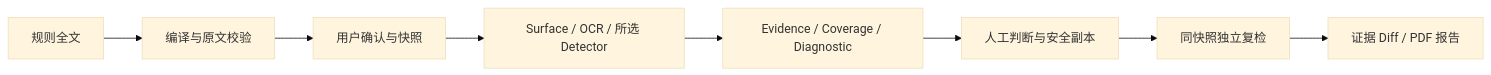
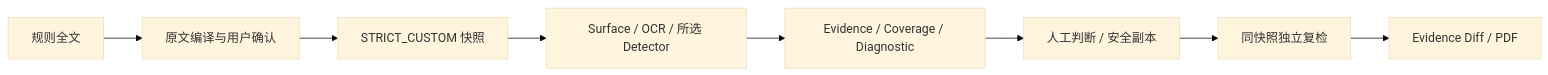
The diagram in README.md (3331083641-prog/jinggao), drawn with Mermaid (base theme) before and after one commit. The commit also changed other lines of this file and 38 other files, not shown here.

````diff
--- a/README.md
+++ b/README.md
@@ -72,10 +53,10 @@
-```mermaid
+~~~mermaid
 flowchart LR
-  A[规则全文] --> B[编译与原文校验]
-  B --> C[用户确认与快照]
+  A[规则全文] --> B[原文编译与用户确认]
+  B --> C[STRICT_CUSTOM 快照]
   C --> D[Surface / OCR / 所选 Detector]
   D --> E[Evidence / Coverage / Diagnostic]
-  E --> F[人工判断与安全副本]
+  E --> F[人工判断 / 安全副本]
   F --> G[同快照独立复检]
-  G --> H[证据 Diff / PDF 报告]
-```
+  G --> H[Evidence Diff / PDF]
+~~~
````
